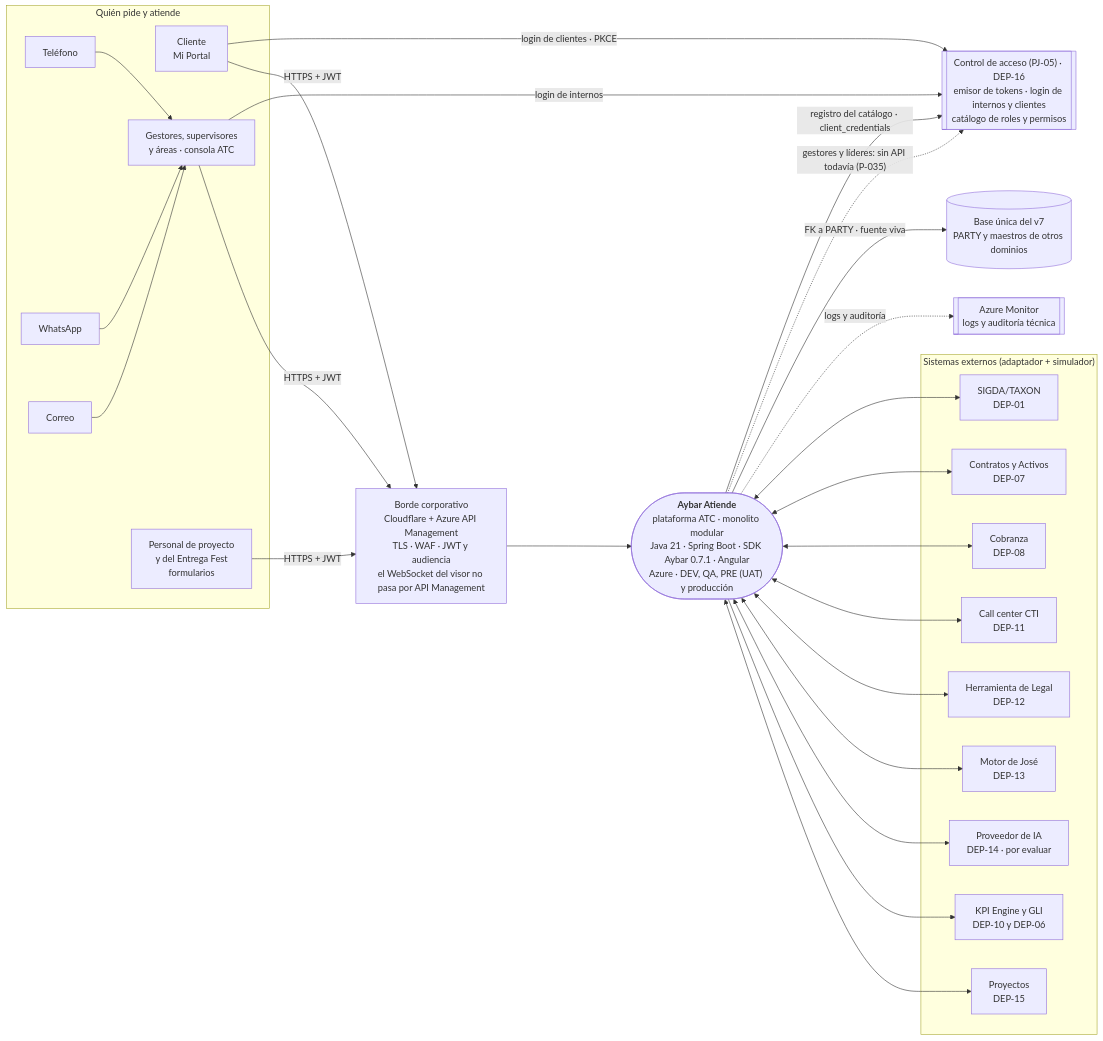
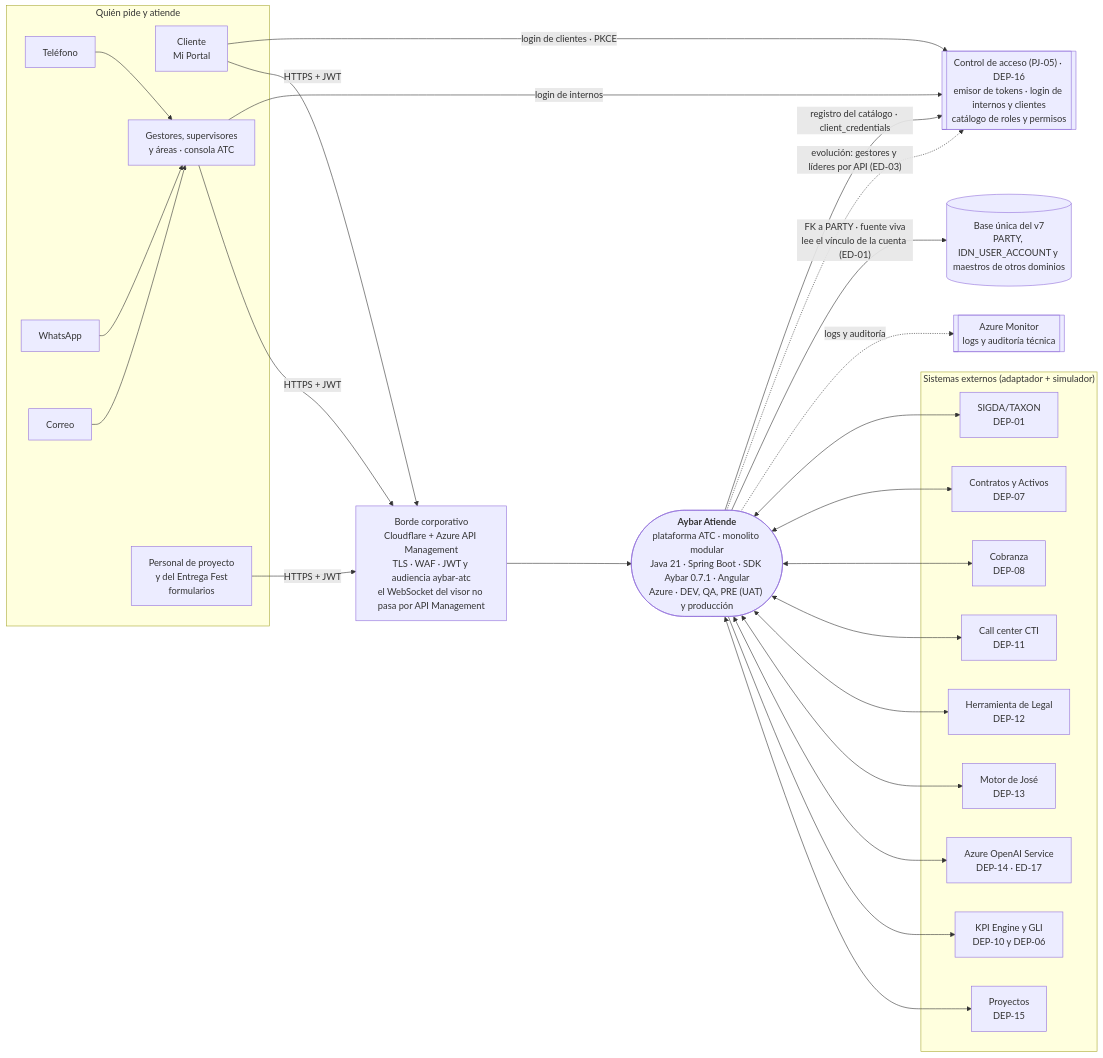
Before and after one commit to michel-poma-huachihuaco/tyc-mockup: the diagram in propuesta-po/documentacion/paquete-definir-etapa1-v1.3/arquitectura/c4-contexto.mmd, drawn with Mermaid. The commit also changed 69 other files, not shown here.

```diff
--- a/propuesta-po/documentacion/paquete-definir-etapa1-v1.3/arquitectura/c4-contexto.mmd
+++ b/propuesta-po/documentacion/paquete-definir-etapa1-v1.3/arquitectura/c4-contexto.mmd
@@ -1,50 +1,51 @@
 flowchart LR
   subgraph Quien["Quién pide y atiende"]
     tel[Teléfono]
     wa[WhatsApp]
     mail[Correo]
     cli[Cliente<br/>Mi Portal]
     ges[Gestores, supervisores<br/>y áreas · consola ATC]
     obra[Personal de proyecto<br/>y del Entrega Fest<br/>formularios]
   end
-  borde["Borde corporativo<br/>Cloudflare + Azure API Management<br/>TLS · WAF · JWT y audiencia<br/>el WebSocket del visor no pasa por API Management"]
+  borde["Borde corporativo<br/>Cloudflare + Azure API Management<br/>TLS · WAF · JWT y audiencia aybar-atc<br/>el WebSocket del visor no pasa por API Management"]
   atc(["<b>Aybar Atiende</b><br/>plataforma ATC · monolito modular<br/>Java 21 · Spring Boot · SDK Aybar 0.7.1 · Angular<br/>Azure · DEV, QA, PRE (UAT) y producción"])
   ctrl[["Control de acceso (PJ-05) · DEP-16<br/>emisor de tokens · login de internos y clientes<br/>catálogo de roles y permisos"]]
-  base[("Base única del v7<br/>PARTY y maestros de otros dominios")]
+  base[("Base única del v7<br/>PARTY, IDN_USER_ACCOUNT y maestros de otros dominios")]
   mon[["Azure Monitor<br/>logs y auditoría técnica"]]
   subgraph Ext["Sistemas externos (adaptador + simulador)"]
     sigda[SIGDA/TAXON<br/>DEP-01]
     con[Contratos y Activos<br/>DEP-07]
     cob[Cobranza<br/>DEP-08]
     cti[Call center CTI<br/>DEP-11]
     leg[Herramienta de Legal<br/>DEP-12]
     jose[Motor de José<br/>DEP-13]
-    ia[Proveedor de IA<br/>DEP-14 · por evaluar]
+    ia[Azure OpenAI Service<br/>DEP-14 · ED-17]
     kpi[KPI Engine y GLI<br/>DEP-10 y DEP-06]
     proy[Proyectos<br/>DEP-15]
   end
   cli -- "login de clientes · PKCE" --> ctrl
   ges -- "login de internos" --> ctrl
   cli -- "HTTPS + JWT" --> borde
   ges -- "HTTPS + JWT" --> borde
   obra -- "HTTPS + JWT" --> borde
   borde --> atc
   tel --> ges
   wa --> ges
   mail --> ges
   atc -- "registro del catálogo · client_credentials" --> ctrl
-  atc -. "gestores y líderes: sin API todavía (P-035)" .-> ctrl
-  atc -- "FK a PARTY · fuente viva" --> base
+  atc -. "evolución: gestores y líderes por API (ED-03)" .-> ctrl
+  atc -- "FK a PARTY · fuente viva<br/>lee el vínculo de la cuenta (ED-01)" --> base
   atc -. "logs y auditoría" .-> mon
   atc <--> sigda
   atc <--> con
   atc <--> cob
   atc <--> cti
   atc <--> leg
   atc <--> jose
   atc <--> ia
   atc --> kpi
   atc <--> proy
 %% Generado por IA (Claude, 2026-10-22), versión base v2 de Nexora; actualizado con las decisiones DT-01 a DT-07 del Líder Técnico (Control de acceso emite los tokens y hace el login; Azure; borde con Cloudflare y API Management; base única con PARTY como fuente viva). — Revisado por: (pendiente)
 %% Historial: 0.3 · 2026-10-26 · Brayan Hurtado, con IA · borde corporativo, base única, Azure Monitor y ambientes; DEP-15; la consulta de gestores y líderes queda punteada porque Control de acceso no la tiene (P-035); los canales llegan por los gestores
 %% Historial: 0.4 · 2026-10-26 · Brayan Hurtado, con IA · segunda revisión del Líder Técnico: PRE con la UAT (PLT-05 §4.2) y el WebSocket del visor fuera de API Management
+%% Historial: 0.5 · 2026-10-26 · Brayan Hurtado, con IA · decisiones del equipo de analisis/decisiones.md v0.7: audiencia aybar-atc (ED-06), vínculo de la cuenta en la base única (ED-01), la consulta de gestores y líderes como evolución (ED-03) y proveedor de IA (ED-17)
```
